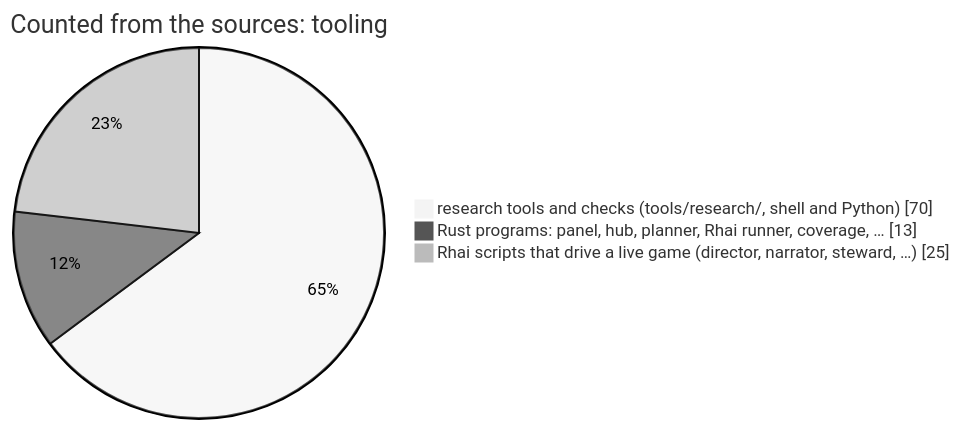
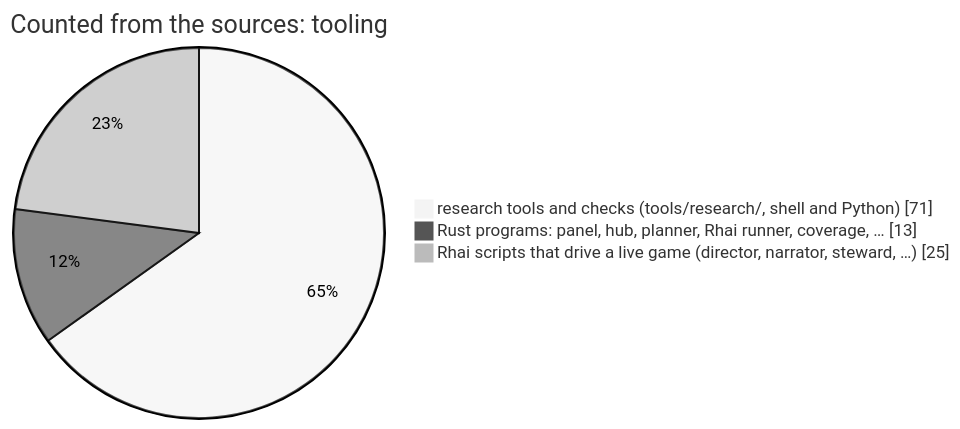
Before and after one commit to korczis/OpenTTD: the seventh of 12 diagrams in README.md, drawn with Mermaid (neutral theme). The commit also changed other lines of this file and 4 other files, not shown here.

````diff
--- a/README.md
+++ b/README.md
@@ -805,6 +805,6 @@
 ```mermaid
 pie showData title Counted from the sources: tooling
-    "research tools and checks (tools/research/, shell and Python)" : 70
+    "research tools and checks (tools/research/, shell and Python)" : 71
     "Rust programs: panel, hub, planner, Rhai runner, coverage, …" : 13
     "Rhai scripts that drive a live game (director, narrator, steward, …)" : 25
 ```
````
